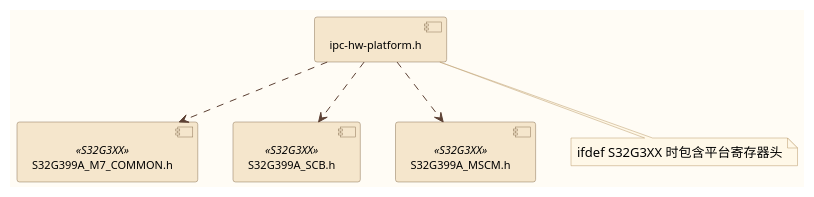
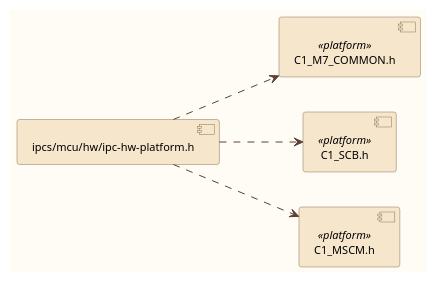
The diagram in c1_sdd_linux-ipcs/cursor_tmp/files_32_umls/5_2_02.puml (Mastang1/sad_sdd_proj), drawn with PlantUML before and after one commit. The commit also changed 21 other files, not shown here.

```diff
--- a/c1_sdd_linux-ipcs/cursor_tmp/files_32_umls/5_2_02.puml
+++ b/c1_sdd_linux-ipcs/cursor_tmp/files_32_umls/5_2_02.puml
@@ -1,25 +1,25 @@
 @startuml
 skinparam backgroundColor #FFFCF5
 skinparam component {
   BackgroundColor #F5E6CC
   BorderColor #8B7355
   FontSize 11
 }
 skinparam package {
   BackgroundColor #FAF0E0
   BorderColor #A08060
 }
 skinparam arrowColor #5C4033
 skinparam note {
   BackgroundColor #FFF8E8
   BorderColor #B89968
 }
-component [ipc-hw-platform.h] as SRC
-component [S32G399A_M7_COMMON.h] as H0 <<S32G3XX>>
-component [S32G399A_SCB.h] as H1 <<S32G3XX>>
-component [S32G399A_MSCM.h] as H2 <<S32G3XX>>
+left to right direction
+component [ipcs/mcu/hw/ipc-hw-platform.h] as SRC
+component [C1_M7_COMMON.h] as H0 <<platform>>
+component [C1_SCB.h] as H1 <<platform>>
+component [C1_MSCM.h] as H2 <<platform>>
 SRC ..> H0
 SRC ..> H1
 SRC ..> H2
-note bottom of SRC : ifdef S32G3XX 时包含平台寄存器头
 @enduml
```
